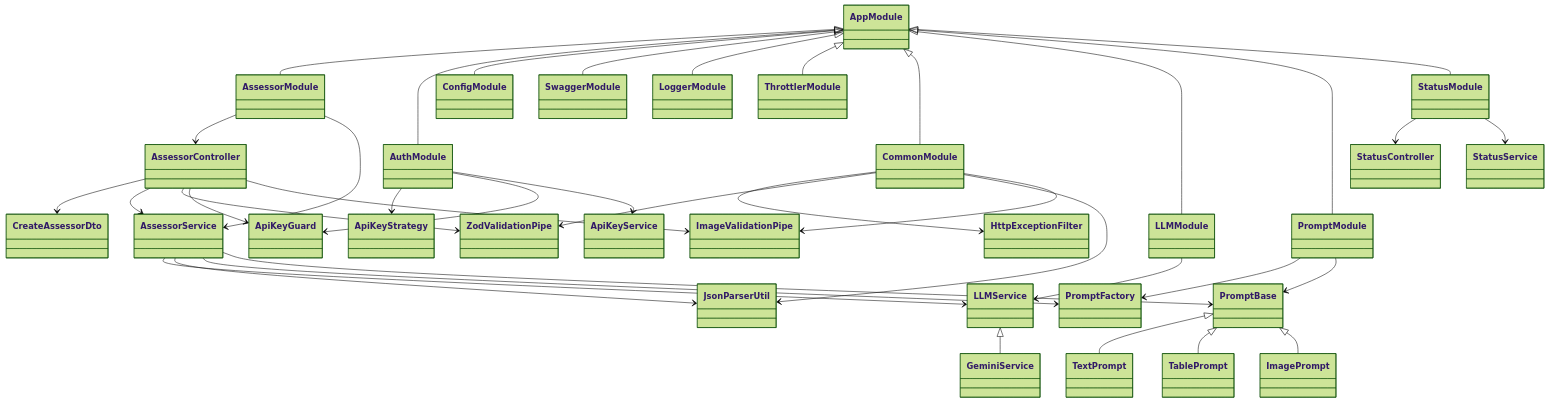
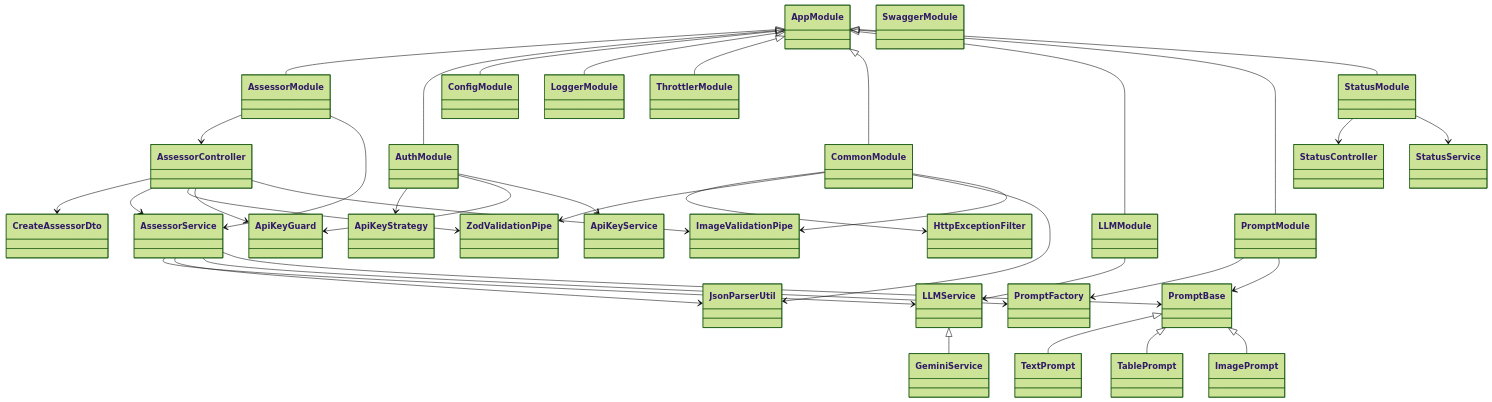
One commit to h-arnold/AssessmentBot-Backend changed the diagram in docs/design/ClassStructure.md. Above: the diagram before and after it, drawn with Mermaid (forest theme). The commit also changed 6 other files, not shown here.

```diff
--- a/docs/design/ClassStructure.md
+++ b/docs/design/ClassStructure.md
@@ -50,7 +50,6 @@
     AppModule <|-- AssessorModule
     AppModule <|-- AuthModule
     AppModule <|-- ConfigModule
-    AppModule <|-- SwaggerModule
     AppModule <|-- LoggerModule
     AppModule <|-- ThrottlerModule
     AppModule <|-- CommonModule
```
